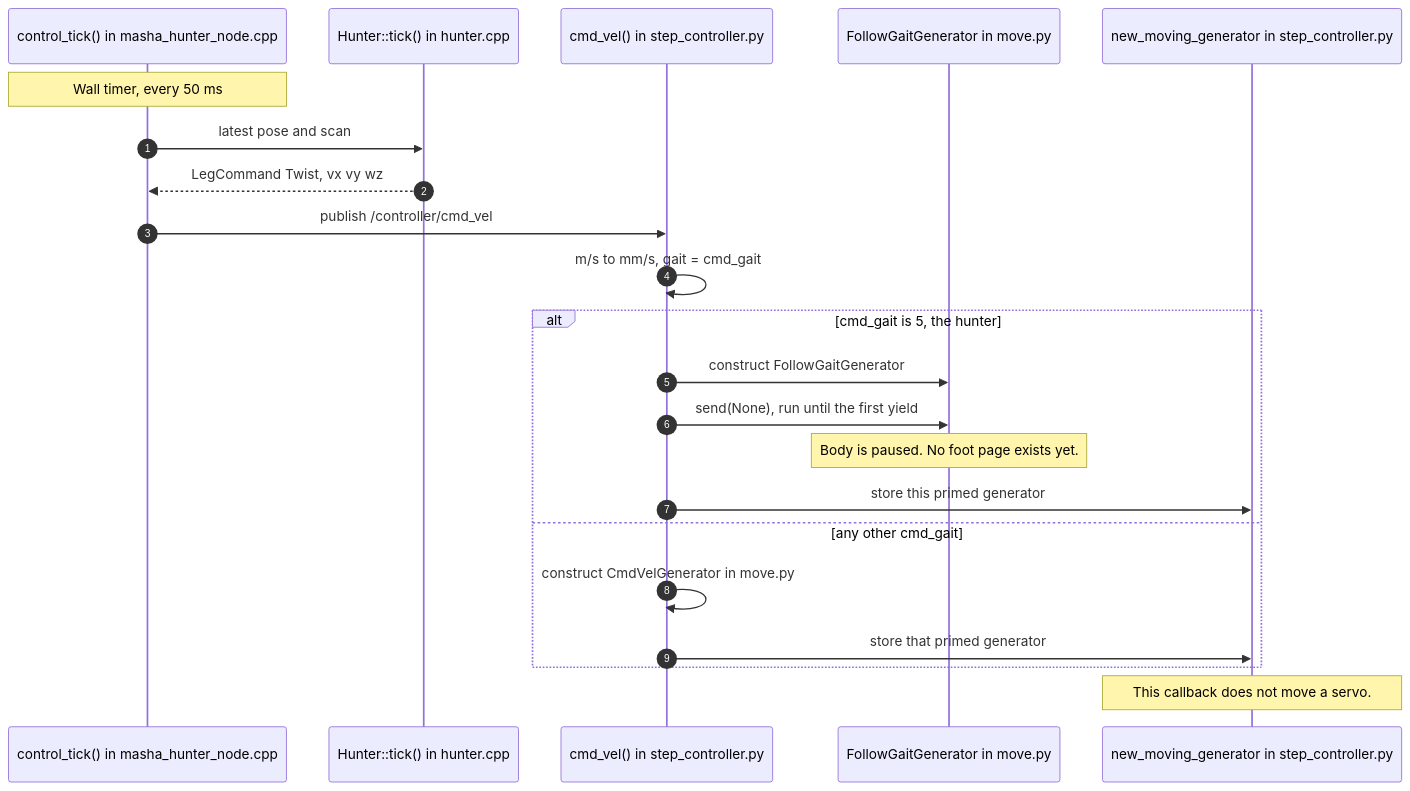
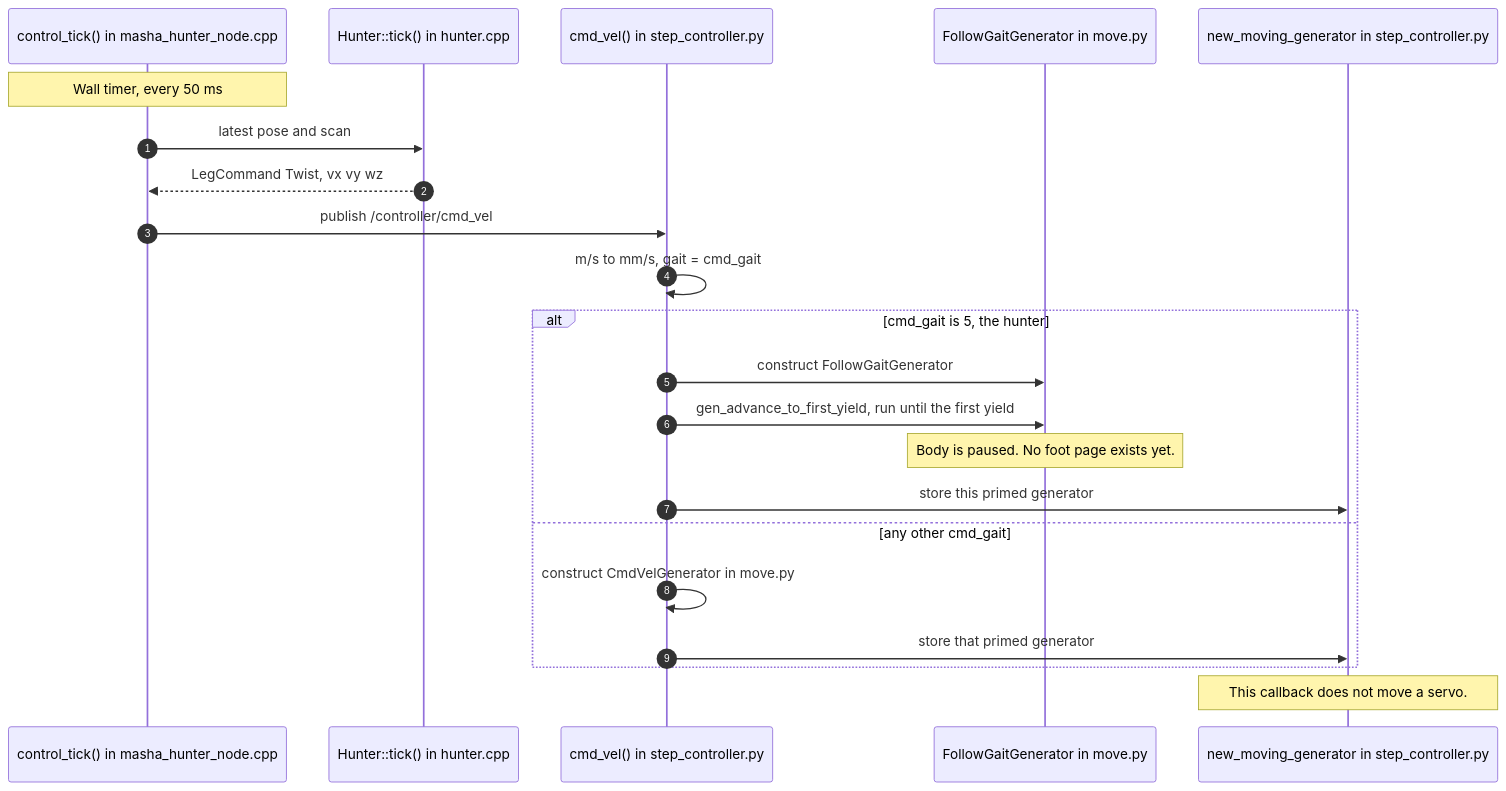
Before and after one commit to ganapetya/masha: the first of 8 diagrams in ros2_ws/src/hexapod_kinematics/movement.md, drawn with Mermaid. The commit also changed other lines of this file and 11 other files, not shown here.

````diff
--- a/ros2_ws/src/hexapod_kinematics/movement.md
+++ b/ros2_ws/src/hexapod_kinematics/movement.md
@@ -66,25 +66,25 @@
 ```mermaid
 sequenceDiagram
     autonumber
     participant Hunt as control_tick() in masha_hunter_node.cpp
     participant Brain as Hunter::tick() in hunter.cpp
     participant Cmd as cmd_vel() in step_controller.py
     participant Film as FollowGaitGenerator in move.py
     participant Queue as new_moving_generator in step_controller.py
 
     Note over Hunt: Wall timer, every 50 ms
     Hunt->>Brain: latest pose and scan
     Brain-->>Hunt: LegCommand Twist, vx vy wz
     Hunt->>Cmd: publish /controller/cmd_vel
     Cmd->>Cmd: m/s to mm/s, gait = cmd_gait
     alt cmd_gait is 5, the hunter
         Cmd->>Film: construct FollowGaitGenerator
-        Cmd->>Film: send(None), run until the first yield
+        Cmd->>Film: gen_advance_to_first_yield, run until the first yield
         Note over Film: Body is paused. No foot page exists yet.
         Cmd->>Queue: store this primed generator
     else any other cmd_gait
         Cmd->>Cmd: construct CmdVelGenerator in move.py
         Cmd->>Queue: store that primed generator
     end
     Note over Queue: This callback does not move a servo.
 ```
````
